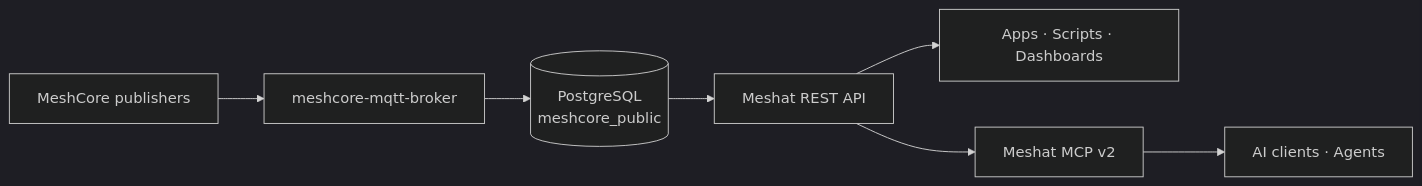
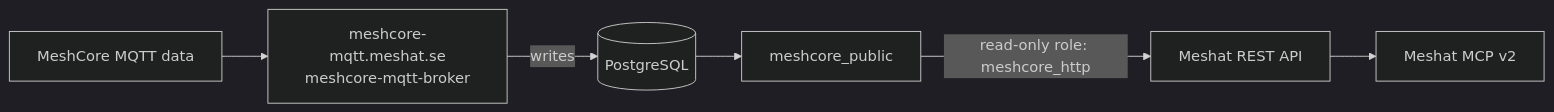
The second of 2 diagrams in README.md (Bjorkan/meshat-api), drawn with Mermaid (dark theme) before and after one commit. The commit also changed other lines of this file, not shown here.

First line of the commit message:
Document data flow and architecture in README

````diff
--- a/README.md
+++ b/README.md
@@ -386,9 +425,8 @@
 ```mermaid
 flowchart LR
-    PUB[MeshCore publishers] --> BROKER[meshcore-mqtt-broker]
-    BROKER --> DB[(PostgreSQL<br/>meshcore_public)]
-    DB --> REST[Meshat REST API]
-    REST --> APPS[Apps · Scripts · Dashboards]
-    REST --> MCP[Meshat MCP v2]
-    MCP --> AI[AI clients · Agents]
+    MQTT["MeshCore MQTT data"] --> BROKER["meshcore-mqtt.meshat.se<br/>meshcore-mqtt-broker"]
+    BROKER -->|writes| DB[("PostgreSQL")]
+    DB --> SCHEMA["meshcore_public"]
+    SCHEMA -->|"read-only role: meshcore_http"| REST["Meshat REST API"]
+    REST --> MCP["Meshat MCP v2"]
 ```
````
